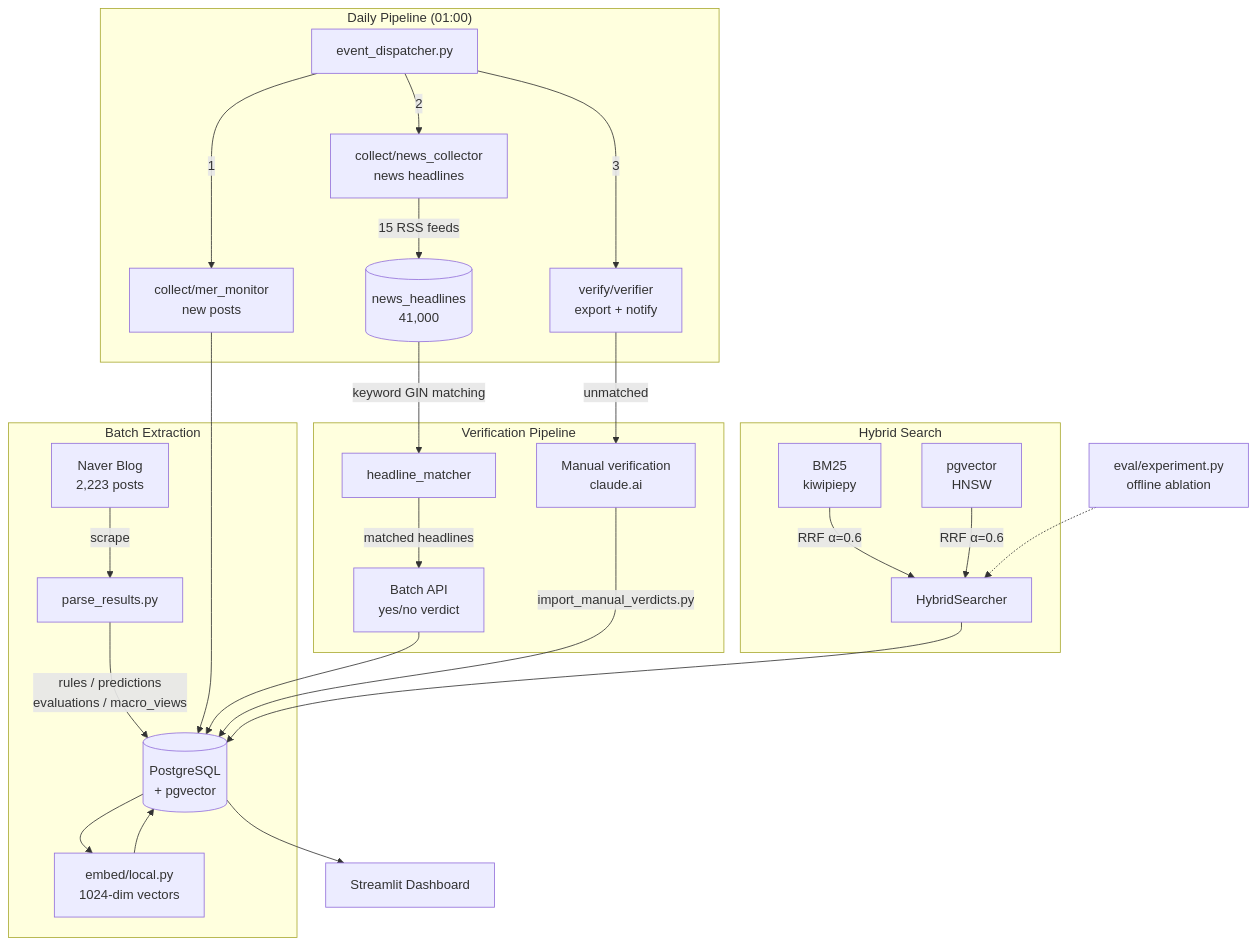
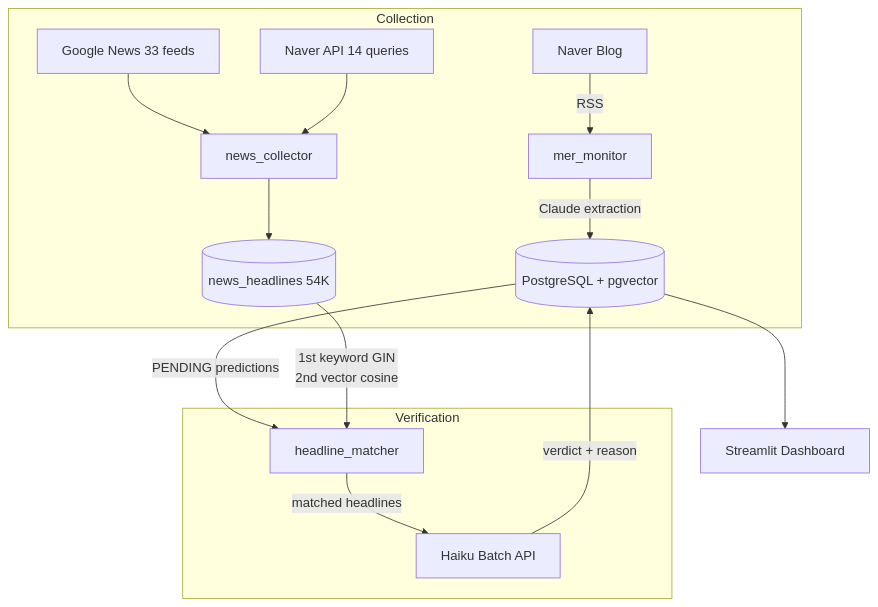
The diagram in README_EN.md (11e3/mer-insight-pipeline), drawn with Mermaid before and after one commit. The commit also changed other lines of this file and 15 other files, not shown here.

````diff
--- a/README_EN.md
+++ b/README_EN.md
@@ -24,33 +34,19 @@
 ```mermaid
 flowchart TD
-    subgraph Batch Extraction
-        A[Naver Blog<br>2,223 posts] -->|scrape| B[parse_results.py]
-        B -->|rules / predictions<br>evaluations / macro_views| C[(PostgreSQL<br>+ pgvector)]
-        C --> EMB[embed/local.py<br>1024-dim vectors]
-        EMB --> C
+    subgraph Collection
+        BLOG[Naver Blog] -->|RSS| MON[mer_monitor]
+        MON -->|Claude extraction| DB[(PostgreSQL + pgvector)]
+        NEWS_RSS[Google News 33 feeds] --> NC[news_collector]
+        NEWS_NAVER[Naver API 14 queries] --> NC
+        NC --> NHL[(news_headlines 54K)]
     end
 
-    subgraph "Daily Pipeline (01:00)"
-        ED[event_dispatcher.py] -->|1| MER[collect/mer_monitor<br>new posts]
-        ED -->|2| NEWS[collect/news_collector<br>news headlines]
-        ED -->|3| PV[verify/verifier<br>export + notify]
-        MER --> C
-        NEWS -->|15 RSS feeds| NH[(news_headlines<br>41,000)]
+    subgraph Verification
+        DB -->|PENDING predictions| HM[headline_matcher]
+        NHL -->|1st keyword GIN<br>2nd vector cosine| HM
+        HM -->|matched headlines| HAIKU[Haiku Batch API]
+        HAIKU -->|verdict + reason| DB
     end
 
-    subgraph Verification Pipeline
-        NH -->|keyword GIN matching| HM[headline_matcher]
-        HM -->|matched headlines| BATCH[Batch API<br>yes/no verdict]
-        BATCH --> C
-        PV -->|unmatched| EX[Manual verification<br>claude.ai]
-        EX -->|import_manual_verdicts.py| C
-    end
-
-    subgraph Hybrid Search
-        HS1[BM25<br>kiwipiepy] & HS2[pgvector<br>HNSW] -->|RRF α=0.6| HS3[HybridSearcher]
-    end
-
-    HS3 --> C
-    C --> Q[Streamlit Dashboard]
-    EV[eval/experiment.py<br>offline ablation] -.-> HS3
+    DB --> DASH[Streamlit Dashboard]
 ```
````
